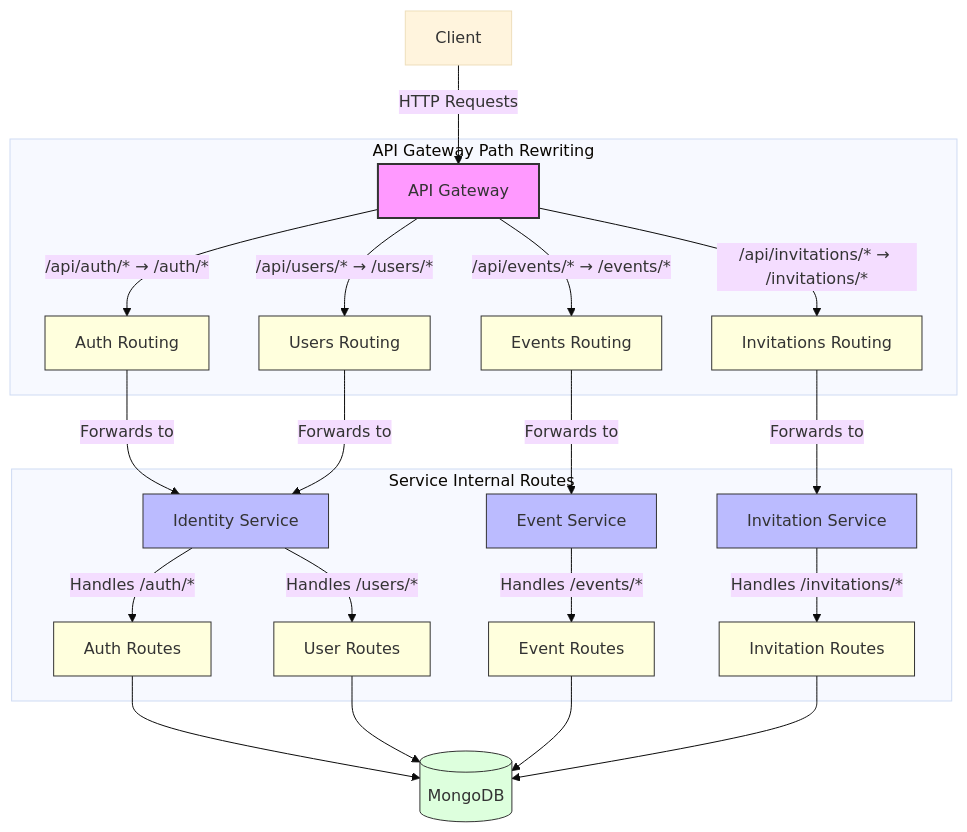
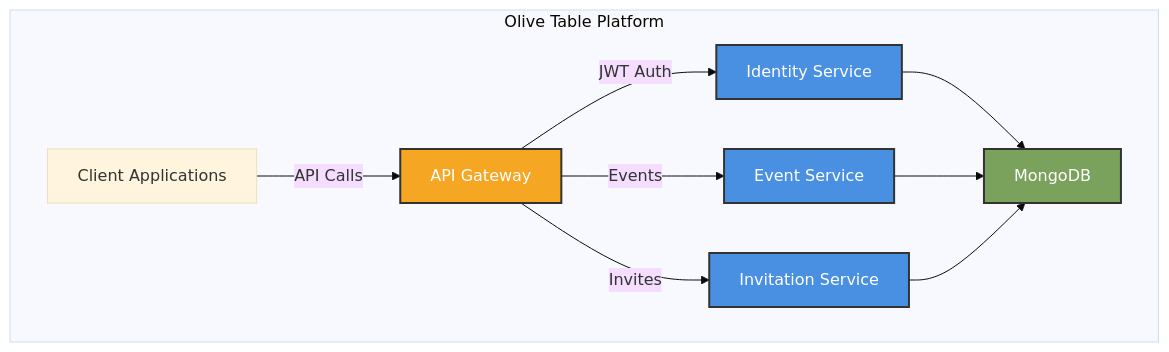
The first of 2 diagrams in README.md (eugenetedkim/olive-table), drawn with Mermaid (base theme) before and after one commit. The commit also changed other lines of this file, not shown here.

````diff
--- a/README.md
+++ b/README.md
@@ -91,38 +47,22 @@
 ```mermaid
 graph TD
-    Client[Client] -->|HTTP Requests| Gateway[API Gateway]
-    
-    subgraph "API Gateway Path Rewriting"
-        Gateway -->|/api/auth/* → /auth/*| Auth[Auth Routing]
-        Gateway -->|/api/users/* → /users/*| Users[Users Routing]
-        Gateway -->|/api/events/* → /events/*| Events[Events Routing]
-        Gateway -->|/api/invitations/* → /invitations/*| Invitations[Invitations Routing]
+    subgraph "Olive Table Platform"
+        Client[Client Applications] -->|API Calls| Gateway[API Gateway]
+        
+        Gateway -->|JWT Auth| Identity[Identity Service]
+        Gateway -->|Events| Event[Event Service]
+        Gateway -->|Invites| Invite[Invitation Service]
+        
+        Identity --> MongoDB[MongoDB]
+        Event --> MongoDB
+        Invite --> MongoDB
     end
     
-    Auth -->|Forwards to| Identity[Identity Service]
-    Users -->|Forwards to| Identity
-    Events -->|Forwards to| EventService[Event Service]
-    Invitations -->|Forwards to| InvitationService[Invitation Service]
+    classDef service fill:#4a90e2,stroke:#333,stroke-width:2px,color:white
+    classDef database fill:#7aa25c,stroke:#333,stroke-width:2px,color:white
+    classDef gateway fill:#f5a623,stroke:#333,stroke-width:2px,color:white
     
-    subgraph "Service Internal Routes"
-        Identity -->|Handles /auth/*| AuthRoutes[Auth Routes]
-        Identity -->|Handles /users/*| UserRoutes[User Routes]
-        EventService -->|Handles /events/*| EventRoutes[Event Routes]
-        InvitationService -->|Handles /invitations/*| InvitationRoutes[Invitation Routes]
-    end
-    
-    AuthRoutes --> MongoDB[(MongoDB)]
-    UserRoutes --> MongoDB
-    EventRoutes --> MongoDB
-    InvitationRoutes --> MongoDB
-    
-    classDef gateway fill:#f9f,stroke:#333,stroke-width:2px
-    classDef service fill:#bbf,stroke:#333,stroke-width:1px
-    classDef database fill:#dfd,stroke:#333,stroke-width:1px
-    classDef routing fill:#ffd,stroke:#333,stroke-width:1px
-    
+    class Identity,Event,Invite service
+    class MongoDB database
     class Gateway gateway
-    class Identity,EventService,InvitationService service
-    class MongoDB database
-    class Auth,Users,Events,Invitations,AuthRoutes,UserRoutes,EventRoutes,InvitationRoutes routing
 ```
````
